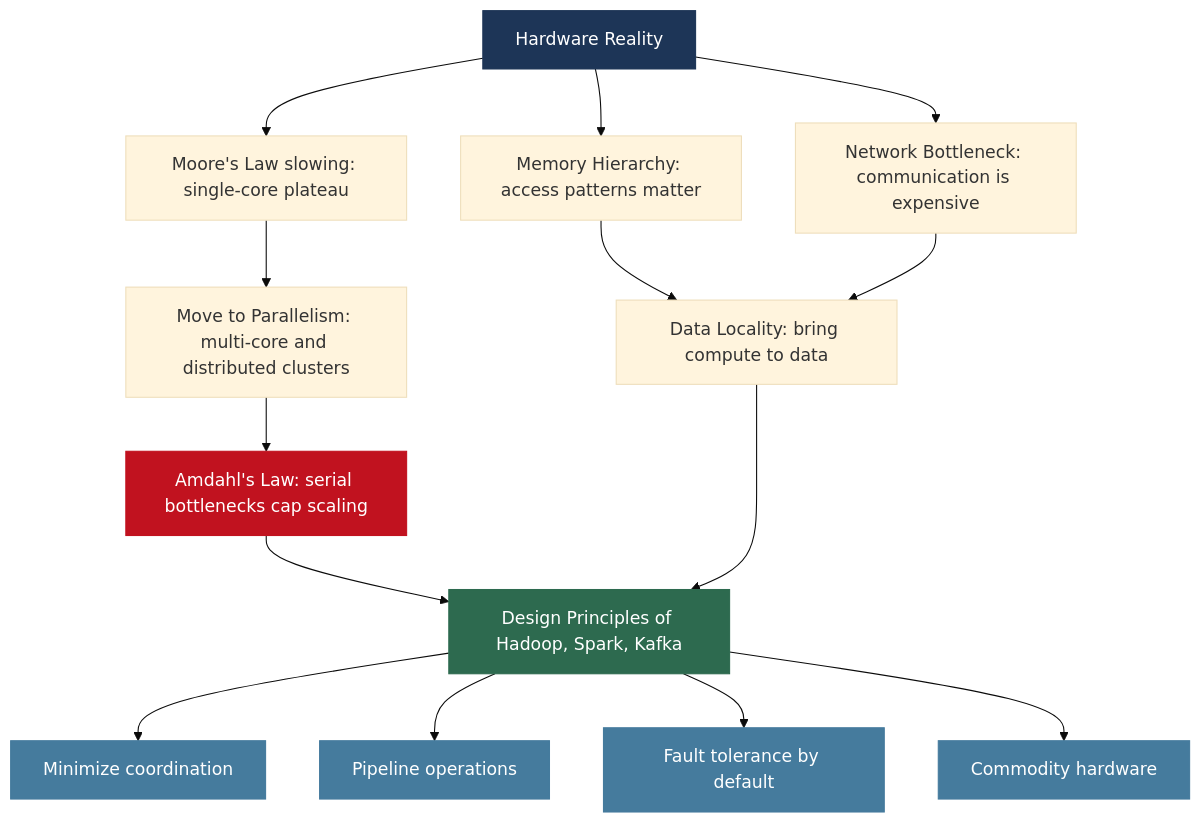
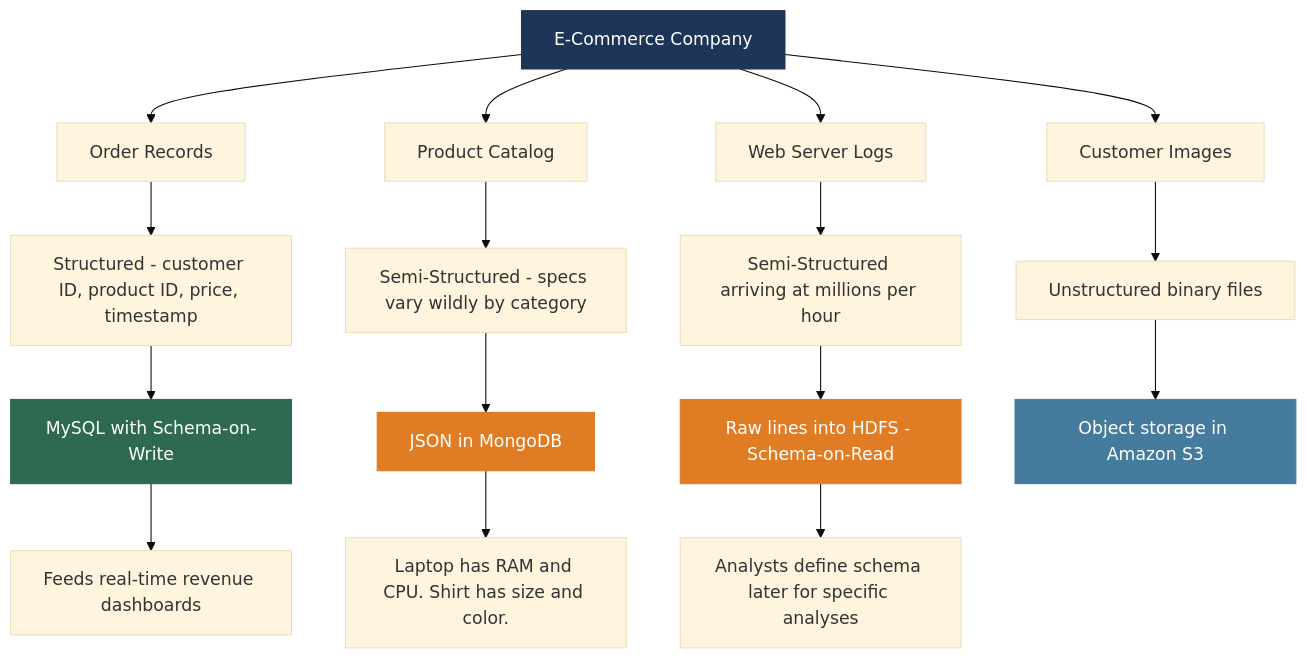
Before and after one commit to MuhammadTahaNasir/Big-Data-Analytics-Notes: the eighth of 8 diagrams in Week1/Lecture2_Hardware_Moores_Amdahls.md, drawn with Mermaid (base theme). The commit also changed other lines of this file, not shown here.

First line of the commit message:
Add Lecture 2: Hardware Reality and Performance Laws

````diff
--- a/Week1/Lecture2_Hardware_Moores_Amdahls.md
+++ b/Week1/Lecture2_Hardware_Moores_Amdahls.md
@@ -424,27 +347,28 @@
 ```mermaid
 flowchart TD
-    HW[Hardware Reality] --> ML[Moore's Law slowing: single-core plateau]
-    HW --> MH[Memory Hierarchy: access patterns matter]
-    HW --> NB[Network Bottleneck: communication is expensive]
+    CO[E-Commerce Company] --> O[Order Records]
+    CO --> P[Product Catalog]
+    CO --> W[Web Server Logs]
+    CO --> I[Customer Images]
 
-    ML --> PAR[Move to Parallelism: multi-core and distributed clusters]
-    MH --> LOC[Data Locality: bring compute to data]
-    NB --> LOC
+    O --> O1[Structured - customer ID, product ID, price, timestamp]
+    O1 --> O2[MySQL with Schema-on-Write]
+    O2 --> O3[Feeds real-time revenue dashboards]
 
-    PAR --> AL[Amdahl's Law: serial bottlenecks cap scaling]
-    AL --> DES[Design Principles of Hadoop, Spark, Kafka]
-    LOC --> DES
+    P --> P1[Semi-Structured - specs vary wildly by category]
+    P1 --> P2[JSON in MongoDB]
+    P2 --> P3[Laptop has RAM and CPU. Shirt has size and color.]
 
-    DES --> D1[Minimize coordination]
-    DES --> D2[Pipeline operations]
-    DES --> D3[Fault tolerance by default]
-    DES --> D4[Commodity hardware]
+    W --> W1[Semi-Structured arriving at millions per hour]
+    W1 --> W2[Raw lines into HDFS - Schema-on-Read]
+    W2 --> W3[Analysts define schema later for specific analyses]
 
-    style HW fill:#1d3557,color:#fff,stroke:#1d3557
-    style AL fill:#c1121f,color:#fff,stroke:#c1121f
-    style DES fill:#2d6a4f,color:#fff,stroke:#2d6a4f
-    style D1 fill:#457b9d,color:#fff,stroke:#457b9d
-    style D2 fill:#457b9d,color:#fff,stroke:#457b9d
-    style D3 fill:#457b9d,color:#fff,stroke:#457b9d
-    style D4 fill:#457b9d,color:#fff,stroke:#457b9d
+    I --> I1[Unstructured binary files]
+    I1 --> I2[Object storage in Amazon S3]
+
+    style CO fill:#1d3557,color:#fff,stroke:#1d3557
+    style O2 fill:#2d6a4f,color:#fff,stroke:#2d6a4f
+    style P2 fill:#e07c24,color:#fff,stroke:#e07c24
+    style W2 fill:#e07c24,color:#fff,stroke:#e07c24
+    style I2 fill:#457b9d,color:#fff,stroke:#457b9d
 ```
````
